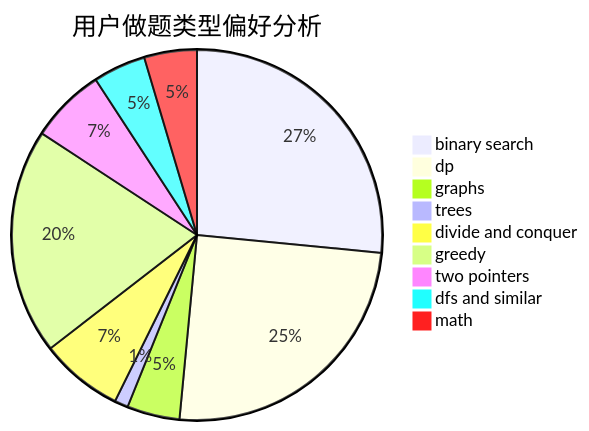
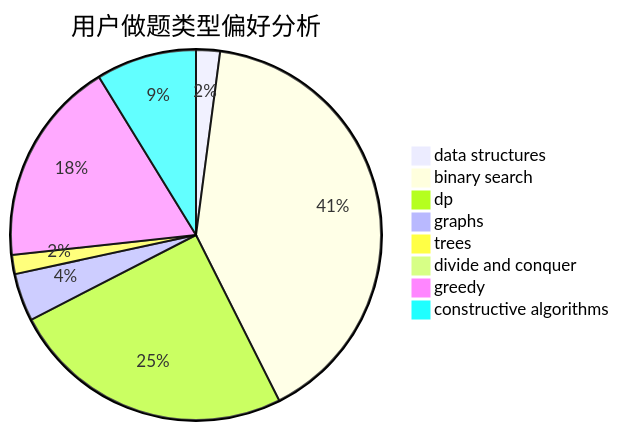
The second of 3 diagrams in docs/user/u1095.md (sherpahu/cfrs.github.io), drawn with Mermaid before and after one commit. The commit also changed other lines of this file and 2775 other files, not shown here.

````diff
--- a/docs/user/u1095.md
+++ b/docs/user/u1095.md
@@ -23,12 +23,11 @@
 ```mermaid
 pie title 用户做题类型偏好分析
-    "binary search" :  202
-    "dp" :  190
-    "graphs" :  35
-    "trees" :  9
-    "divide and conquer" :  55
-    "greedy" :  150
-    "two pointers" :  50
-    "dfs and similar" :  35
-    "math" :  35
+    "data structures" :  10
+    "binary search" :  194
+    "dp" :  119
+    "graphs" :  20
+    "trees" :  8
+    "divide and conquer" :  0
+    "greedy" :  86
+    "constructive algorithms" :  42
 ```
````
